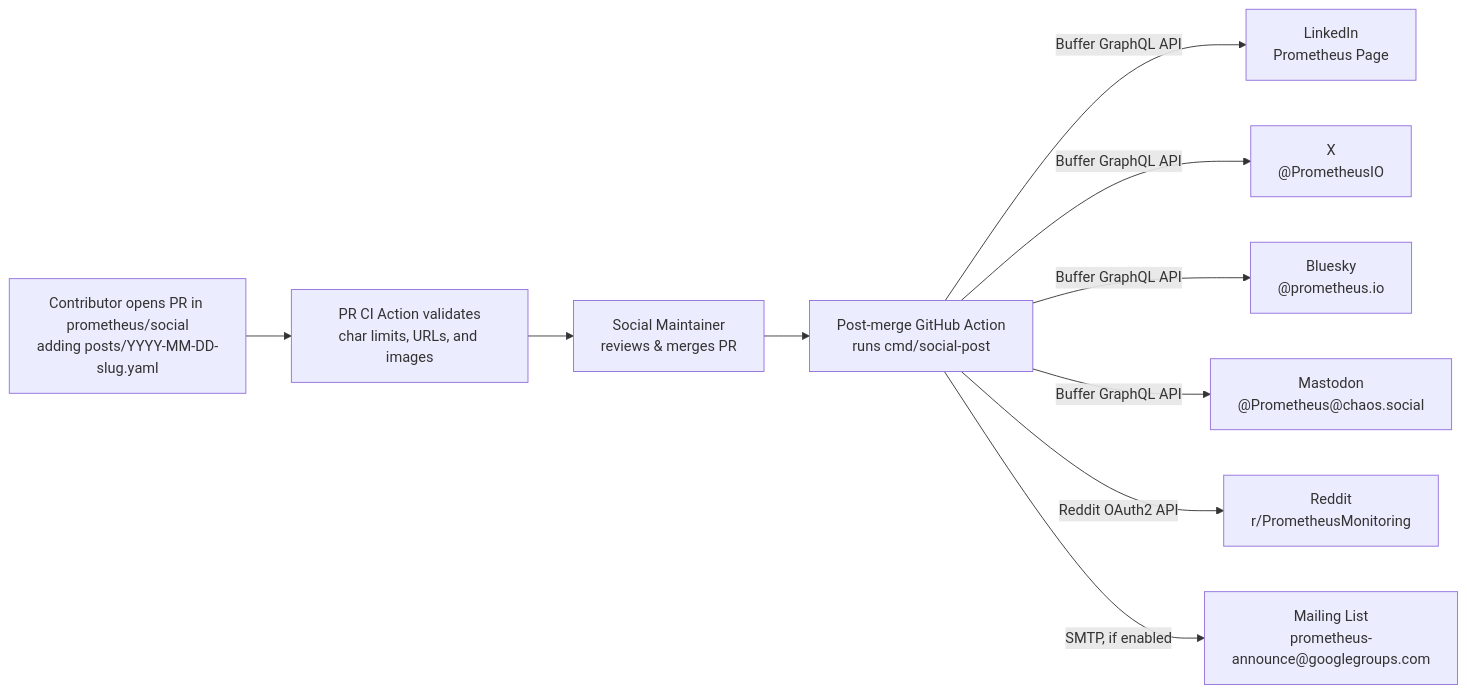
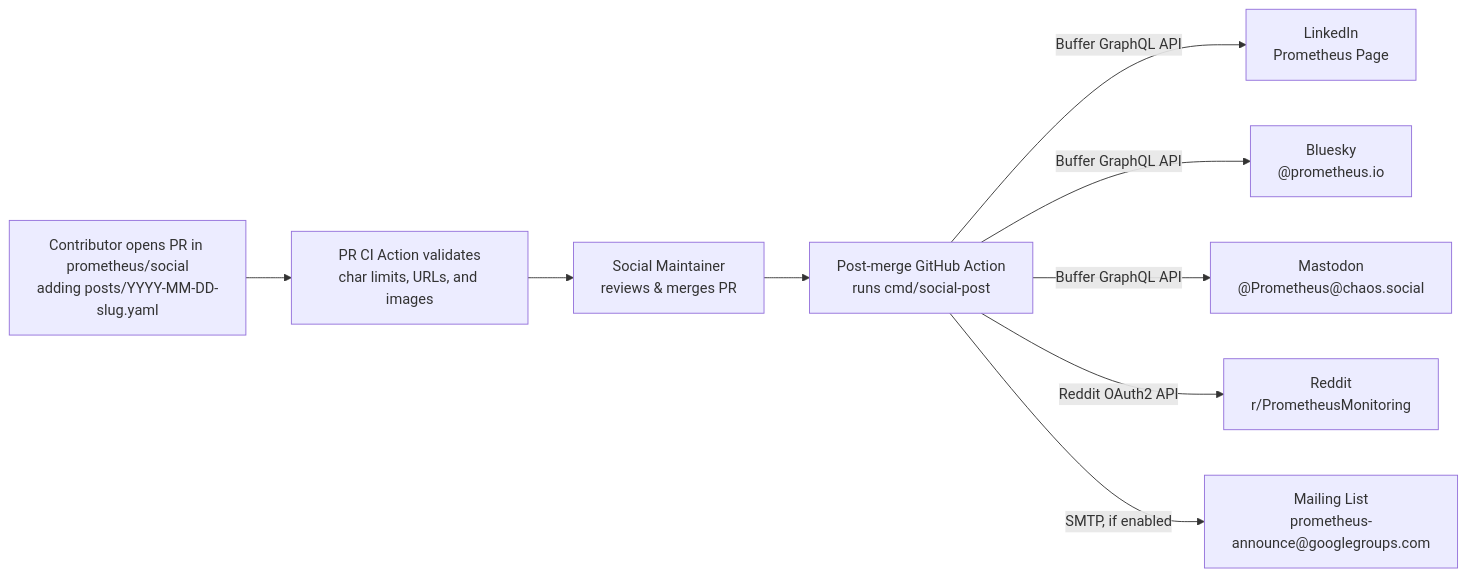
Before and after one commit to prometheus/proposals: the diagram in proposals/0109-social-media.md, drawn with Mermaid. The commit also changed other lines of this file, not shown here.

Commit message:
proposal: PROM-109: Drop X (@PrometheusIO) from proposed channels

````diff
--- a/proposals/0109-social-media.md
+++ b/proposals/0109-social-media.md
@@ -82,12 +81,11 @@
 ```mermaid
 flowchart LR
     A["Contributor opens PR in prometheus/social\nadding posts/YYYY-MM-DD-slug.yaml"] --> B["PR CI Action validates\nchar limits, URLs, and images"]
     B --> C["Social Maintainer\nreviews & merges PR"]
     C --> D["Post-merge GitHub Action\nruns cmd/social-post"]
     D -->|Buffer GraphQL API| E["LinkedIn\nPrometheus Page"]
-    D -->|Buffer GraphQL API| F["X\n@PrometheusIO"]
-    D -->|Buffer GraphQL API| G["Bluesky\n@prometheus.io"]
-    D -->|Buffer GraphQL API| H["Mastodon\n@Prometheus@chaos.social"]
-    D -->|Reddit OAuth2 API| I["Reddit\nr/PrometheusMonitoring"]
-    D -->|SMTP, if enabled| J["Mailing List\nprometheus-announce@googlegroups.com"]
+    D -->|Buffer GraphQL API| F["Bluesky\n@prometheus.io"]
+    D -->|Buffer GraphQL API| G["Mastodon\n@Prometheus@chaos.social"]
+    D -->|Reddit OAuth2 API| H["Reddit\nr/PrometheusMonitoring"]
+    D -->|SMTP, if enabled| I["Mailing List\nprometheus-announce@googlegroups.com"]
 ```
````
